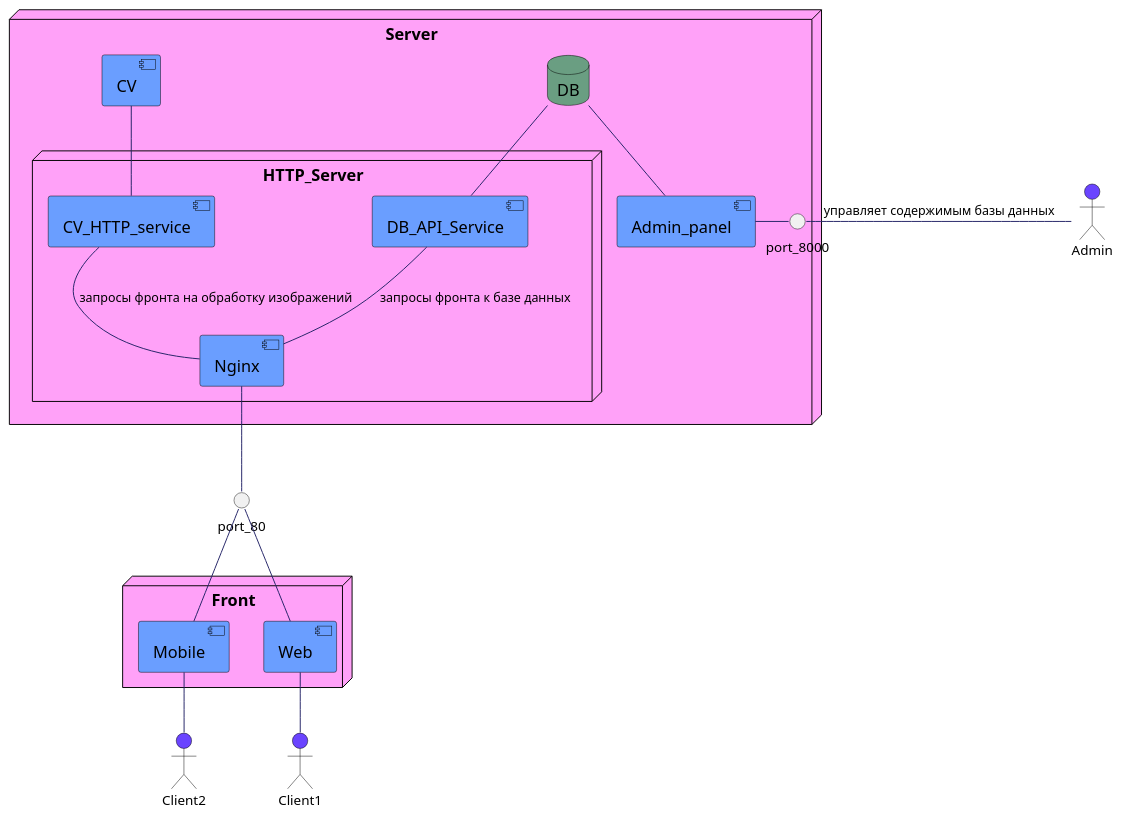
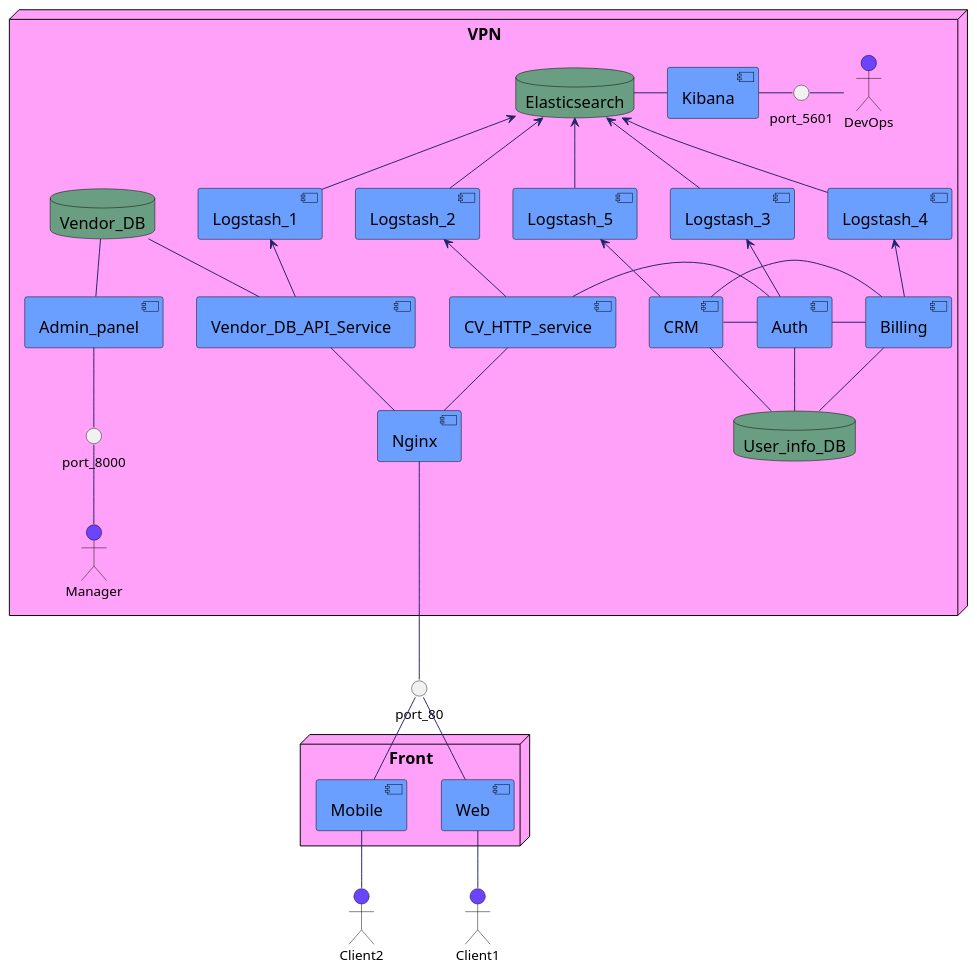
The diagram in backend/diagrams/architecture.puml (TNLinc/TonalCreamAssistant), drawn with PlantUML before and after one commit. The commit also changed 2 other files, not shown here.

Commit message:
Diagrams update (#52)
* update service diagrams

* Restyled by whitespace (#53)

```diff
--- a/backend/diagrams/architecture.puml
+++ b/backend/diagrams/architecture.puml
@@ -1,74 +1,119 @@
 @startuml
 skinparam component {
     FontColor          black
     AttributeFontColor black
     FontSize           17
     AttributeFontSize  15
     AttributeFontname  Droid Sans Mono
     BackgroundColor    #6A9EFF
     BorderColor        black
     ArrowColor         #222266
 }
 
 skinparam database {
     FontColor          black
     AttributeFontColor black
     FontSize           17
     AttributeFontSize  15
     AttributeFontname  Droid Sans Mono
     BackgroundColor    #6A9E82
     BorderColor        black
     ArrowColor         #222266
 }
 
 skinparam actor {
     BackgroundColor    #6A44ff
     BorderColor        black
     ArrowColor         #222266
 }
 
 skinparam node {
     FontColor          black
     AttributeFontColor black
     FontSize           17
     AttributeFontSize  15
     AttributeFontname  Droid Sans Mono
     BackgroundColor    #FFA1F8
     BorderColor        black
     ArrowColor         #222266
 }
 
-node "Server"{
-    component CV
-    database DB
+node "VPN"{
+    database Elasticsearch
+    database Vendor_DB
+    database User_info_DB
+
+    component Logstash_1
+    component Logstash_2
+    component Logstash_3
+    component Logstash_4
+    component Logstash_5
+
+    component Kibana
     component Admin_panel
-    node HTTP_Server {
-        [CV_HTTP_service] -up-[CV]
-        [DB_API_Service] -up- DB
-        [Nginx] -up- CV_HTTP_service : запросы фронта на обработку изображений
-        [Nginx] -up- DB_API_Service : запросы фронта к базе данных
-    }
+    component Vendor_DB_API_Service
+    component CV_HTTP_service
+    component Nginx
+    component Auth
+    component Billing
+    component CRM
+
     interface port_8000
-    port_8000 -left- Admin_panel
-    [Admin_panel] -up- DB
+    interface port_5601
+
+    actor Manager
+    actor DevOps
+
+    Admin_panel -up- Vendor_DB
+    Admin_panel -down- port_8000
+
+    Vendor_DB_API_Service -up- Vendor_DB
+    Vendor_DB_API_Service -down- Nginx
+    Vendor_DB_API_Service -up-> Logstash_1
+
+    CV_HTTP_service -down- Nginx
+    CV_HTTP_service -right- Auth
+    CV_HTTP_service -up-> Logstash_2
+
+    Auth -down- User_info_DB
+    Auth -right- Billing
+    Auth -left- CRM
+    Auth -up-> Logstash_3
+
+    Billing -down- User_info_DB
+    Billing -up-> Logstash_4
+
+    CRM -down- User_info_DB
+    CRM -right- Billing
+    CRM -up-> Logstash_5
+
+    Logstash_1 -up-> Elasticsearch
+    Logstash_2 -up-> Elasticsearch
+    Logstash_3 -up-> Elasticsearch
+    Logstash_4 -up-> Elasticsearch
+    Logstash_5 -up-> Elasticsearch
+
+    Elasticsearch -right- Kibana
+
+    Kibana -right- port_5601
+
+    DevOps -left- port_5601
+
+    Manager -up- port_8000
 }
 
 interface port_80
-port_80 -up-[Nginx]
+port_80 -up-- Nginx
 
 
 node "Front"{
     [Web] -up- port_80
     [Mobile] -up- port_80
 }
 
 actor Client1
 actor Client2
 
 Client1 -up- Web
 Client2 -up- Mobile
-
-actor Admin
-
-Admin -left- port_8000 : управляет содержимым базы данных
 @enduml
```
